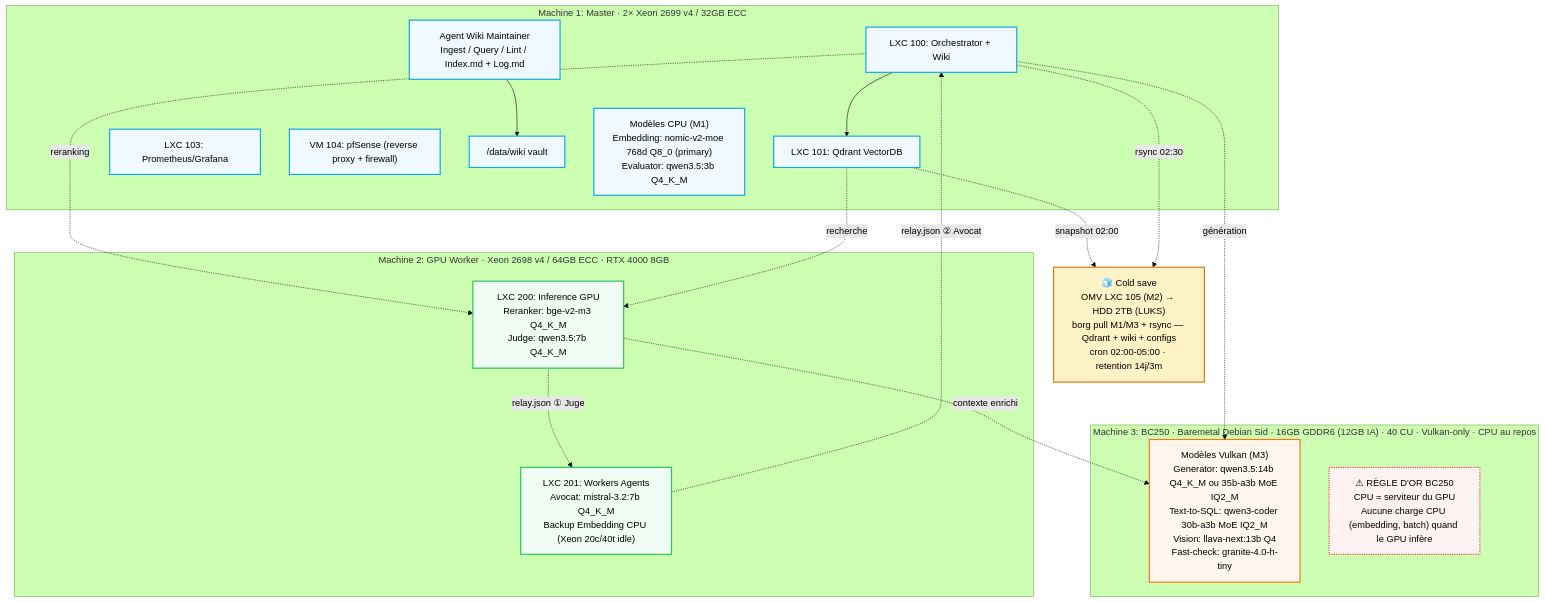
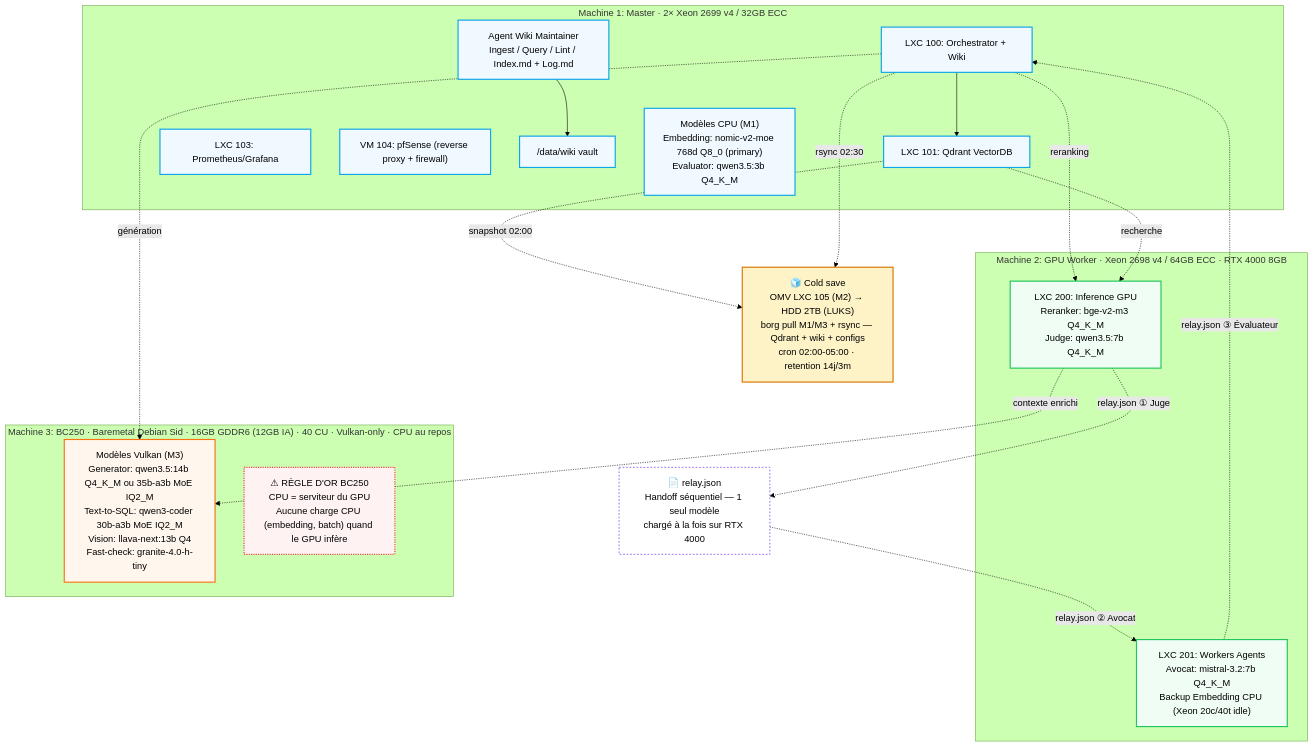
One commit to chelmooz/rag-multi-agent-cluster changed the second of 2 diagrams in docs/architecture.md. Above: the diagram before and after it, drawn with Mermaid (forest theme). The commit also changed other lines of this file and 2 other files, not shown here.

Commit message:
docs: Phase 1 Hybrid Search plan + architecture fixes (Chunking/Augment→M1, Variantes→M3, Relay node in infra diagram)

````diff
--- a/docs/architecture.md
+++ b/docs/architecture.md
@@ -83,41 +83,45 @@
 ```mermaid
 flowchart TB
     classDef m1 fill:#f0f9ff,stroke:#0ea5e9,stroke-width:2px
     classDef m2 fill:#f0fdf4,stroke:#22c55e,stroke-width:2px
     classDef m3 fill:#fff7ed,stroke:#f97316,stroke-width:2px
     classDef warn fill:#fef2f2,stroke:#ef4444,stroke-width:2px,stroke-dasharray: 2 2
     classDef cold fill:#fef3c7,stroke:#d97706,stroke-width:2px
+    classDef op fill:#ffffff,stroke:#8b5cf6,stroke-width:1.5px,stroke-dasharray: 3 3
 
     subgraph Machine1["Machine 1: Master · 2× Xeon 2699 v4 / 32GB ECC"]
         M1_100["LXC 100: Orchestrator + Wiki"]:::m1
         M1_101["LXC 101: Qdrant VectorDB"]:::m1
         M1_103["LXC 103: Prometheus/Grafana"]:::m1
         M1_104["VM 104: pfSense (reverse proxy + firewall)"]:::m1
         M1_vault["/data/wiki vault"]:::m1
         M1_models["Modèles CPU (M1)<br/>Embedding: nomic-v2-moe 768d Q8_0 (primary)<br/>Evaluator: qwen3.5:3b Q4_K_M"]:::m1
         M1_wiki["Agent Wiki Maintainer<br/>Ingest / Query / Lint / Index.md + Log.md"]:::m1
     end
 
     subgraph Machine2["Machine 2: GPU Worker · Xeon 2698 v4 / 64GB ECC · RTX 4000 8GB"]
         M2_200["LXC 200: Inference GPU<br/>Reranker: bge-v2-m3 Q4_K_M<br/>Judge: qwen3.5:7b Q4_K_M"]:::m2
         M2_201["LXC 201: Workers Agents<br/>Avocat: mistral-3.2:7b Q4_K_M<br/>Backup Embedding CPU (Xeon 20c/40t idle)"]:::m2
     end
 
     subgraph Machine3["Machine 3: BC250 · Baremetal Debian Sid · 16GB GDDR6 (12GB IA) · 40 CU · Vulkan-only · CPU au repos"]
         M3_models["Modèles Vulkan (M3)<br/>Generator: qwen3.5:14b Q4_K_M ou 35b-a3b MoE IQ2_M<br/>Text-to-SQL: qwen3-coder 30b-a3b MoE IQ2_M<br/>Vision: llava-next:13b Q4<br/>Fast-check: granite-4.0-h-tiny"]:::m3
         M3_warn["⚠ RÈGLE D'OR BC250<br/>CPU = serviteur du GPU<br/>Aucune charge CPU (embedding, batch) quand le GPU infère"]:::warn
     end
 
+    Relay["📄 relay.json<br/>Handoff séquentiel — 1 seul modèle<br/>chargé à la fois sur RTX 4000"]:::op
+
     Cold["🧊 Cold save<br/>OMV LXC 105 (M2) → HDD 2TB (LUKS)<br/>borg pull M1/M3 + rsync — Qdrant + wiki + configs<br/>cron 02:00-05:00 · retention 14j/3m"]:::cold
 
     M1_100 --> M1_101
     M1_wiki --> M1_vault
     M1_100 -.->|reranking| M2_200
     M1_101 -.->|recherche| M2_200
-    M2_200 -.->|relay.json ① Juge| M2_201
-    M2_201 -.->|relay.json ② Avocat| M1_100
+    M2_200 -.->|relay.json ① Juge| Relay
+    Relay -.->|relay.json ② Avocat| M2_201
+    M2_201 -.->|relay.json ③ Évaluateur| M1_100
     M1_100 -.->|génération| M3_models
     M2_200 -.->|contexte enrichi| M3_models
     M1_101 -.->|snapshot 02:00| Cold
     M1_100 -.->|rsync 02:30| Cold
 ```
````
